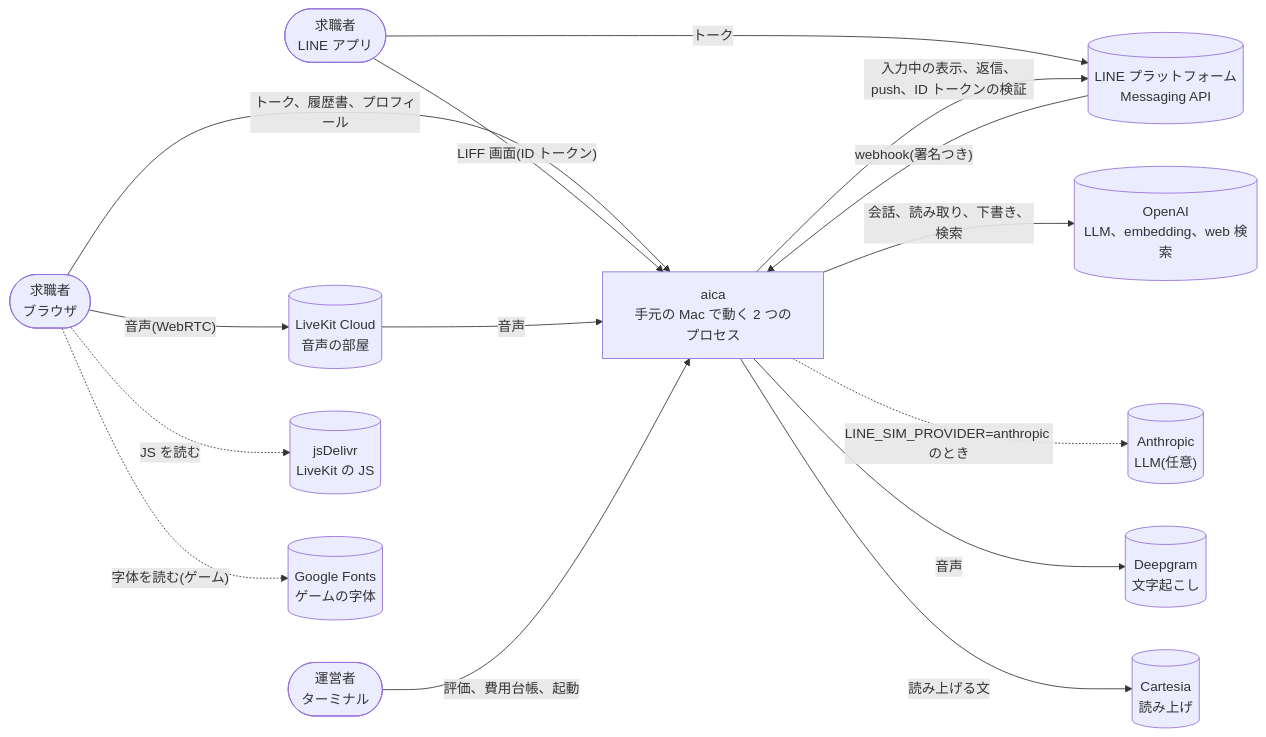
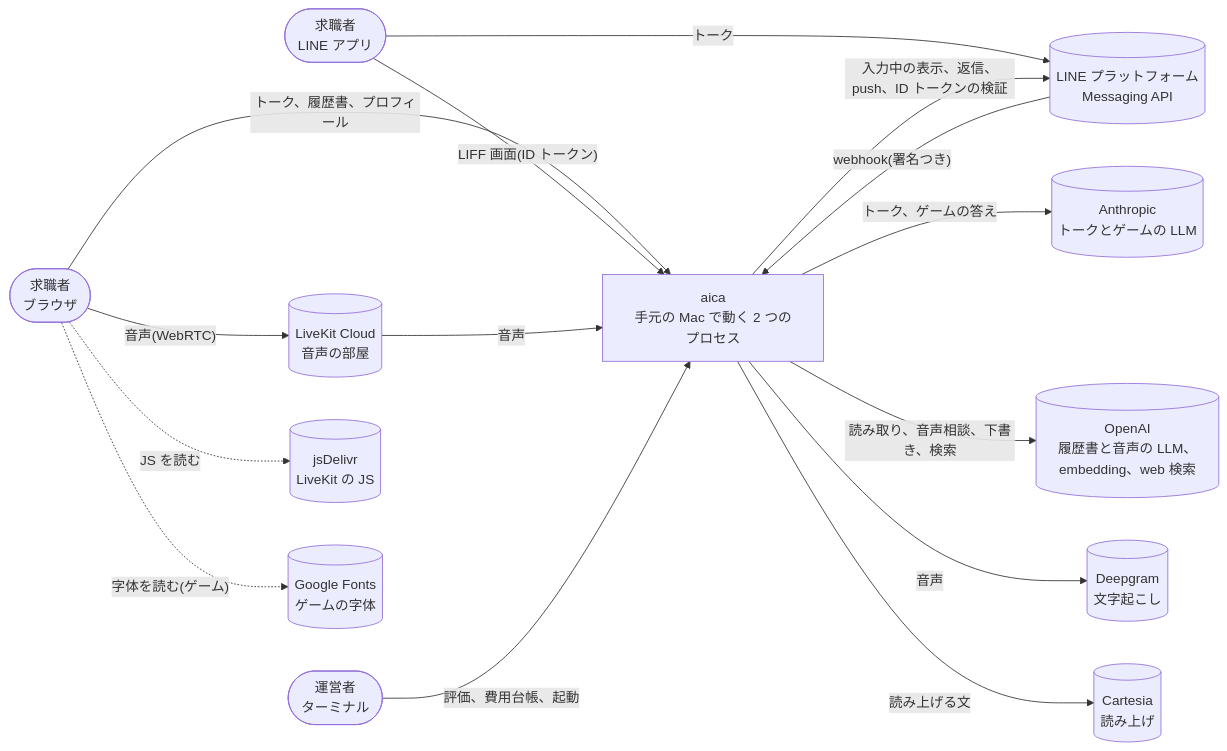
Before and after one commit to jyoka/aica: the first of 15 diagrams in docs/architecture/hld.md, drawn with Mermaid. The commit also changed other lines of this file and 26 other files, not shown here.

````diff
--- a/docs/architecture/hld.md
+++ b/docs/architecture/hld.md
@@ -117,30 +117,30 @@
 ```mermaid
 flowchart LR
     seeker(["求職者<br/>ブラウザ"])
     lineu(["求職者<br/>LINE アプリ"])
     lineapi[("LINE プラットフォーム<br/>Messaging API")]
     op(["運営者<br/>ターミナル"])
     aica["aica<br/>手元の Mac で動く 2 つのプロセス"]
-    openai[("OpenAI<br/>LLM、embedding、web 検索")]
-    anthropic[("Anthropic<br/>LLM(任意)")]
+    openai[("OpenAI<br/>履歴書と音声の LLM、embedding、web 検索")]
+    anthropic[("Anthropic<br/>トークとゲームの LLM")]
     livekit[("LiveKit Cloud<br/>音声の部屋")]
     deepgram[("Deepgram<br/>文字起こし")]
     cartesia[("Cartesia<br/>読み上げ")]
     cdn[("jsDelivr<br/>LiveKit の JS")]
     fonts[("Google Fonts<br/>ゲームの字体")]
 
     seeker -- "トーク、履歴書、プロフィール" --> aica
     lineu -- "トーク" --> lineapi
     lineu -- "LIFF 画面(ID トークン)" --> aica
     lineapi -- "webhook(署名つき)" --> aica
     aica -- "入力中の表示、返信、push、ID トークンの検証" --> lineapi
     seeker -- "音声(WebRTC)" --> livekit
     seeker -. "JS を読む" .-> cdn
     seeker -. "字体を読む(ゲーム)" .-> fonts
     livekit -- "音声" --> aica
     op -- "評価、費用台帳、起動" --> aica
-    aica -- "会話、読み取り、下書き、検索" --> openai
-    aica -. "LINE_SIM_PROVIDER=anthropic のとき" .-> anthropic
+    aica -- "トーク、ゲームの答え" --> anthropic
+    aica -- "読み取り、音声相談、下書き、検索" --> openai
     aica -- "音声" --> deepgram
     aica -- "読み上げる文" --> cartesia
 ```
````
